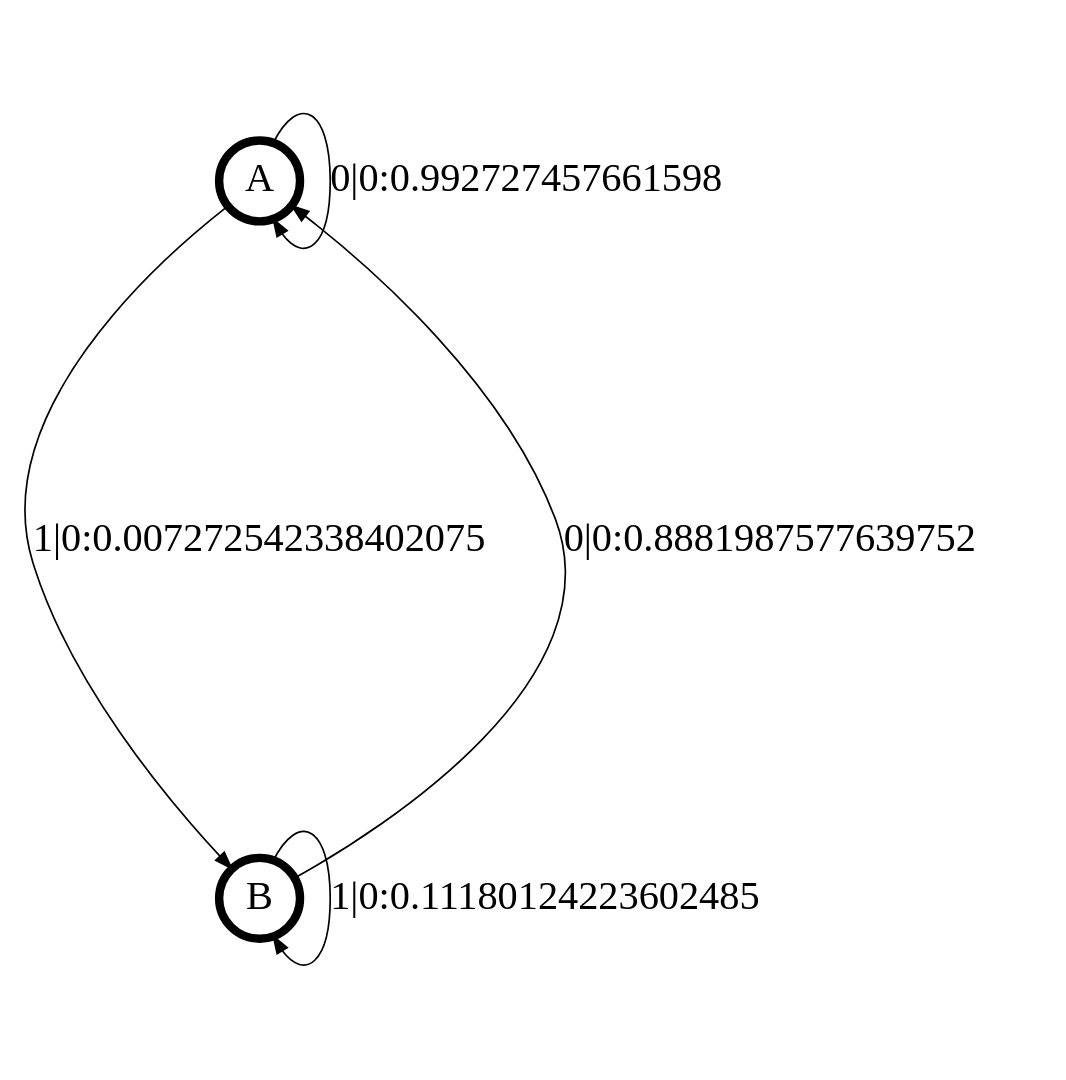
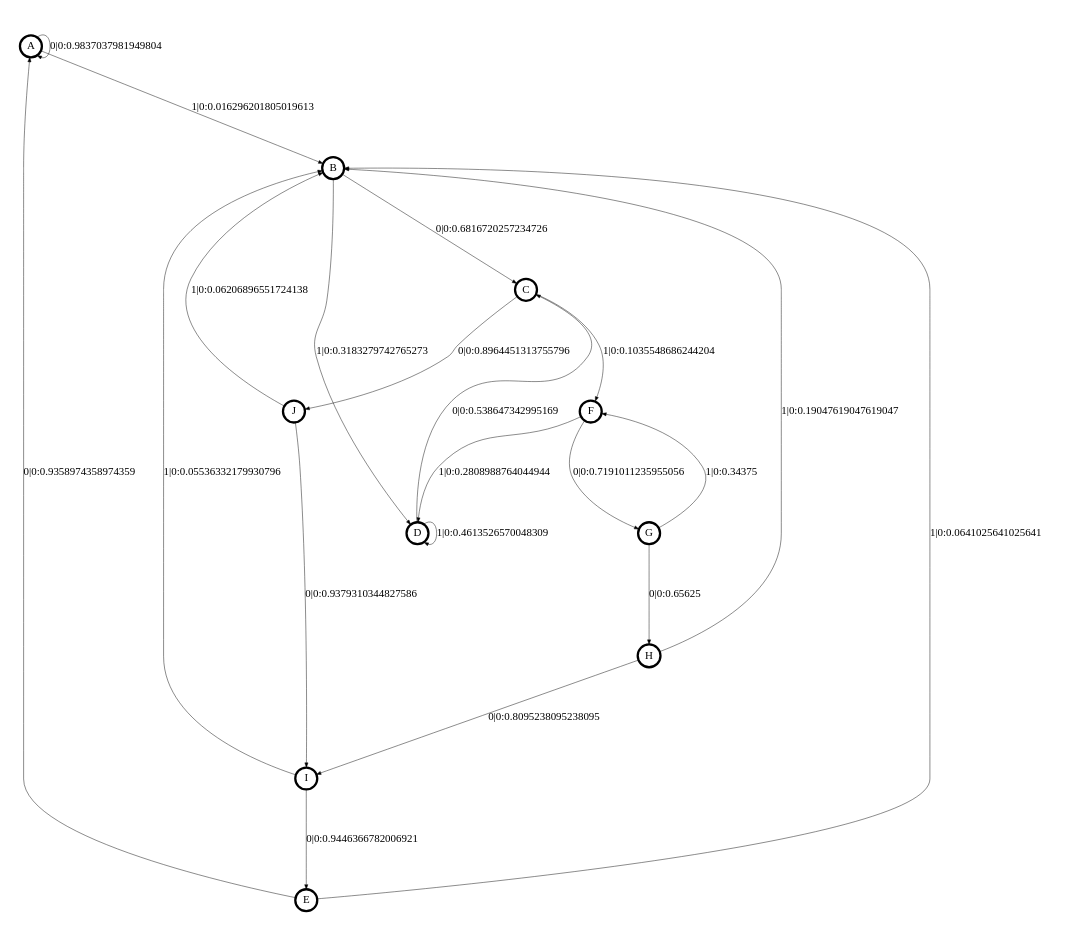
Before and after one commit to OdalysBar/HonorsThesis-TikTok: the diagram in transCSSR-master/transCSSR_results/+user8.dot, drawn with Graphviz. The commit also changed 275 other files, not shown here.

```diff
--- a/transCSSR-master/transCSSR_results/+user8.dot
+++ b/transCSSR-master/transCSSR_results/+user8.dot
@@ -1,16 +1,32 @@
 digraph  {
 size = "6,8.5";
 ratio = "fill";
 node
 [shape = circle];
 node [fontsize = 24];
 node [penwidth = 5];
 edge [fontsize = 24];
 node [fontname = "CMU Serif Roman"];
 graph [fontname = "CMU Serif Roman"];
 edge [fontname = "CMU Serif Roman"];
-A -> A [label = "0|0:0.992727457661598\l"];
-A -> B [label = "1|0:0.007272542338402075\l"];
-B -> A [label = "0|0:0.8881987577639752\l"];
-B -> B [label = "1|0:0.11180124223602485\l"];
+A -> A [label = "0|0:0.9837037981949804\l"];
+A -> B [label = "1|0:0.016296201805019613\l"];
+B -> C [label = "0|0:0.6816720257234726\l"];
+B -> D [label = "1|0:0.3183279742765273\l"];
+C -> F [label = "1|0:0.1035548686244204\l"];
+C -> J [label = "0|0:0.8964451313755796\l"];
+D -> C [label = "0|0:0.538647342995169\l"];
+D -> D [label = "1|0:0.4613526570048309\l"];
+E -> A [label = "0|0:0.9358974358974359\l"];
+E -> B [label = "1|0:0.0641025641025641\l"];
+F -> D [label = "1|0:0.2808988764044944\l"];
+F -> G [label = "0|0:0.7191011235955056\l"];
+G -> F [label = "1|0:0.34375\l"];
+G -> H [label = "0|0:0.65625\l"];
+H -> B [label = "1|0:0.19047619047619047\l"];
+H -> I [label = "0|0:0.8095238095238095\l"];
+I -> B [label = "1|0:0.05536332179930796\l"];
+I -> E [label = "0|0:0.9446366782006921\l"];
+J -> B [label = "1|0:0.06206896551724138\l"];
+J -> I [label = "0|0:0.9379310344827586\l"];
 }
```
